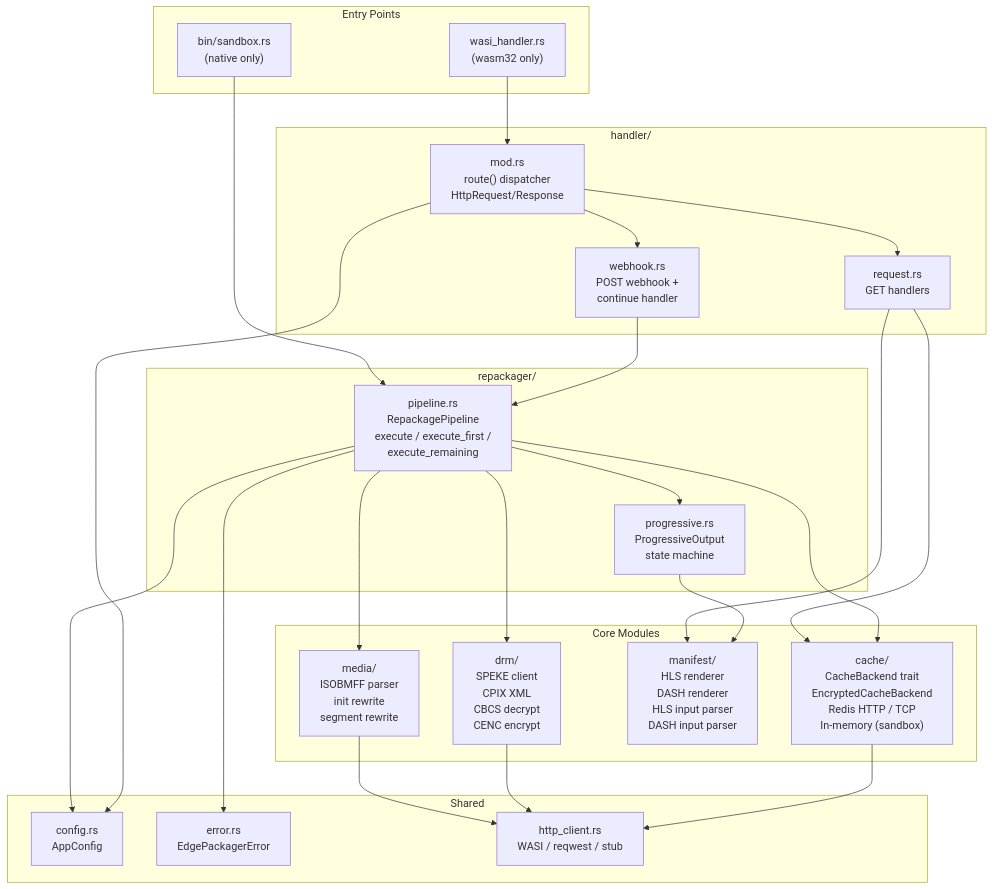
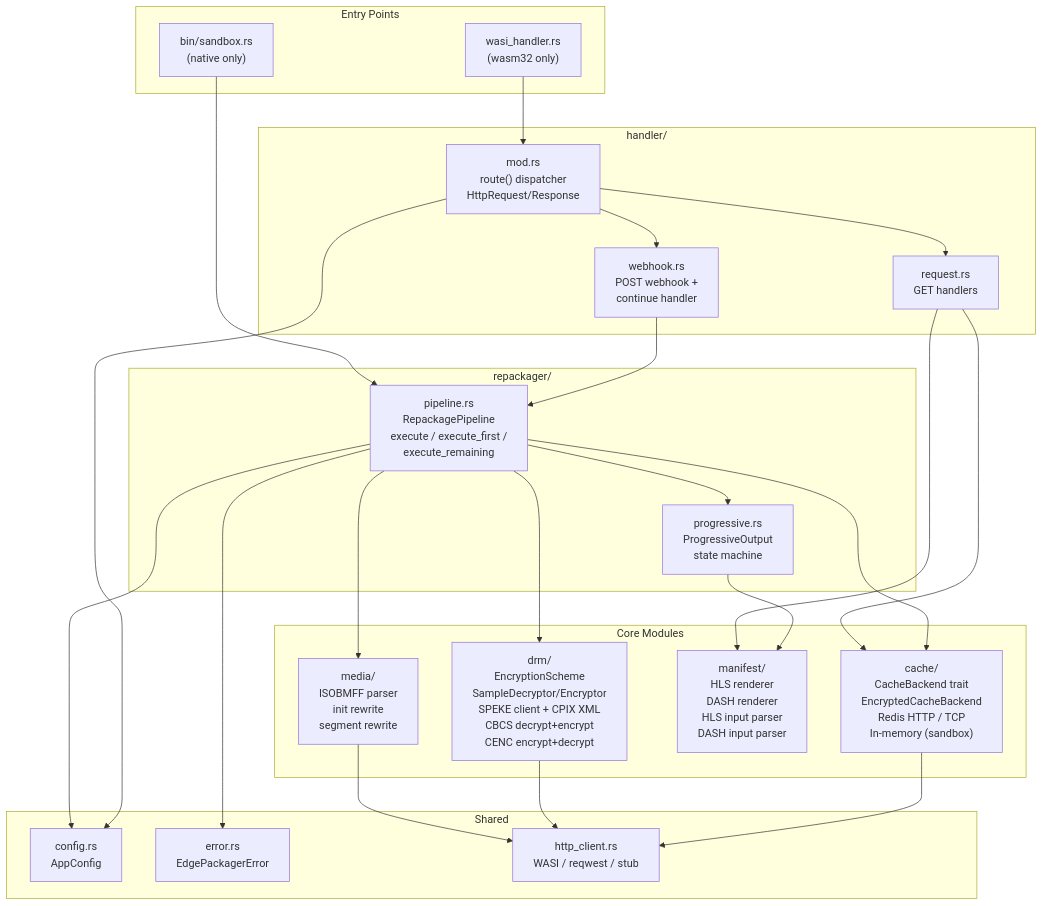
One commit to adrums86/edgepack changed the third of 9 diagrams in docs/architecture.md. Above: the diagram before and after it, drawn with Mermaid. The commit also changed other lines of this file and 22 other files, not shown here.

````diff
--- a/docs/architecture.md
+++ b/docs/architecture.md
@@ -110,54 +110,54 @@
 ```mermaid
 graph TD
     subgraph Entry["Entry Points"]
         WASI["wasi_handler.rs<br/>(wasm32 only)"]
         Sandbox["bin/sandbox.rs<br/>(native only)"]
     end
 
     subgraph Handler["handler/"]
         Router["mod.rs<br/>route() dispatcher<br/>HttpRequest/Response"]
         Request["request.rs<br/>GET handlers"]
         Webhook["webhook.rs<br/>POST webhook +<br/>continue handler"]
     end
 
     subgraph Repackager["repackager/"]
         RPipeline["pipeline.rs<br/>RepackagePipeline<br/>execute / execute_first /<br/>execute_remaining"]
         Progressive["progressive.rs<br/>ProgressiveOutput<br/>state machine"]
     end
 
     subgraph Core["Core Modules"]
         Media["media/<br/>ISOBMFF parser<br/>init rewrite<br/>segment rewrite"]
-        DRMMod["drm/<br/>SPEKE client<br/>CPIX XML<br/>CBCS decrypt<br/>CENC encrypt"]
+        DRMMod["drm/<br/>EncryptionScheme<br/>SampleDecryptor/Encryptor<br/>SPEKE client + CPIX XML<br/>CBCS decrypt+encrypt<br/>CENC encrypt+decrypt"]
         Manifest["manifest/<br/>HLS renderer<br/>DASH renderer<br/>HLS input parser<br/>DASH input parser"]
         CacheMod2["cache/<br/>CacheBackend trait<br/>EncryptedCacheBackend<br/>Redis HTTP / TCP<br/>In-memory (sandbox)"]
     end
 
     subgraph Shared["Shared"]
         Config["config.rs<br/>AppConfig"]
         Error["error.rs<br/>EdgePackagerError"]
         HTTP["http_client.rs<br/>WASI / reqwest / stub"]
     end
 
     WASI --> Router
     Sandbox --> RPipeline
 
     Router --> Request
     Router --> Webhook
     Request --> CacheMod2
     Request --> Manifest
     Webhook --> RPipeline
 
     RPipeline --> Media
     RPipeline --> DRMMod
     RPipeline --> Progressive
     RPipeline --> CacheMod2
     Progressive --> Manifest
 
     Media --> HTTP
     DRMMod --> HTTP
     CacheMod2 --> HTTP
 
     RPipeline --> Config
     RPipeline --> Error
     Router --> Config
 ```
````
